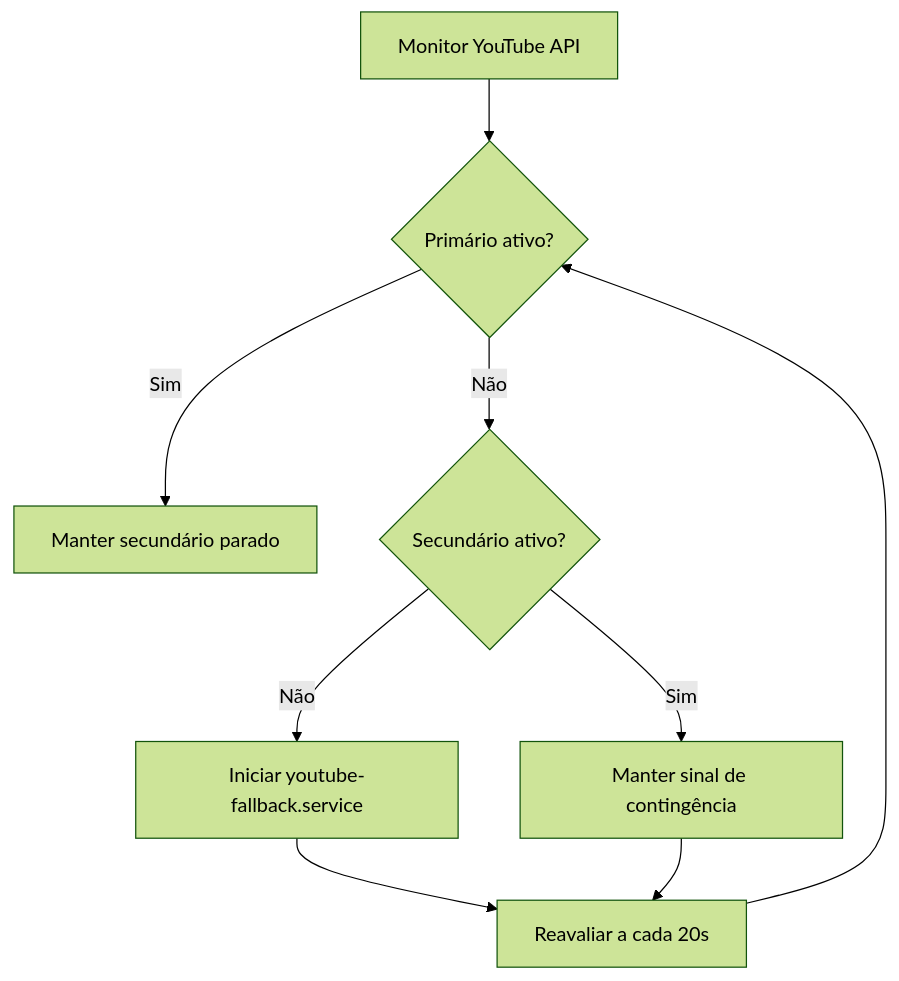
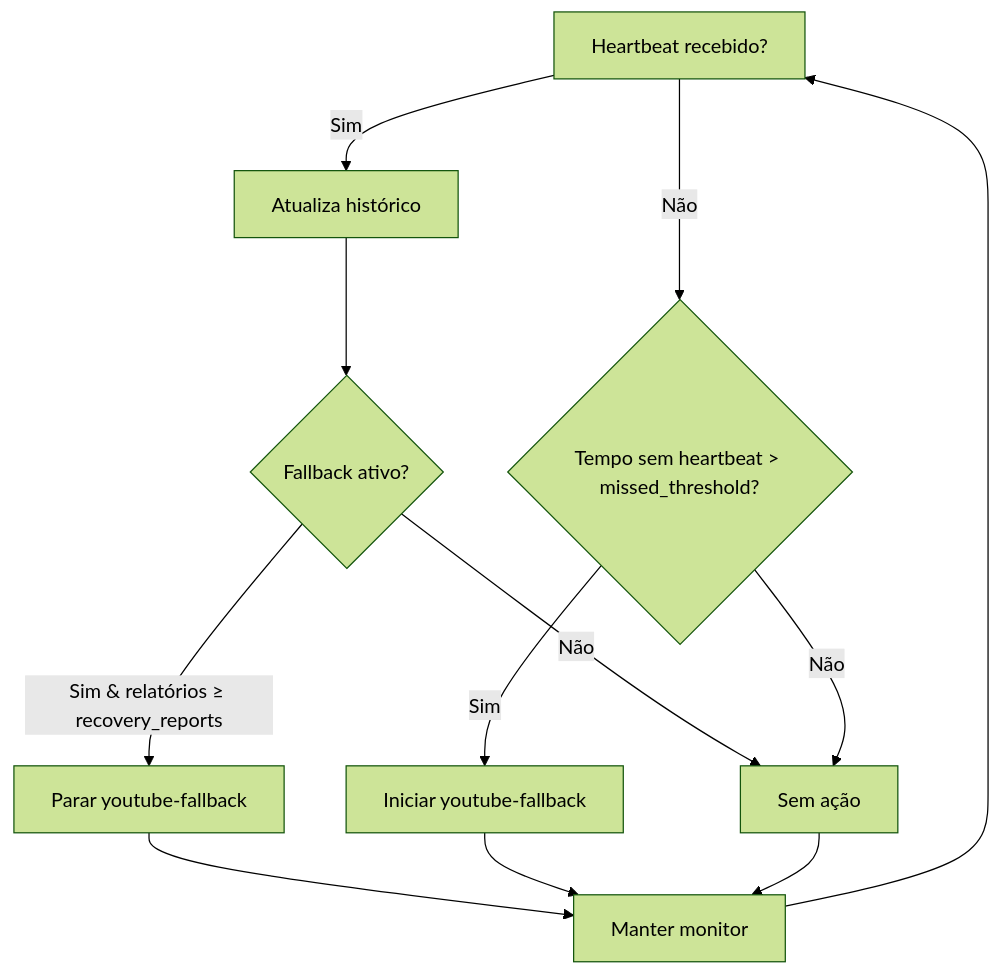
The diagram in docs/REGRAS_URL_SECUNDARIA.md (storesace-cv/bwb-stream2yt), drawn with Mermaid (forest theme) before and after one commit. The commit also changed other lines of this file and 31 other files, not shown here.

Commit message:
Replace decider with heartbeat monitor control

````diff
--- a/docs/REGRAS_URL_SECUNDARIA.md
+++ b/docs/REGRAS_URL_SECUNDARIA.md
@@ -96,11 +97,14 @@
 ```mermaid
 flowchart TD
-    A[Monitor YouTube API] --> B{Primário ativo?}
-    B -->|Sim| C[Manter secundário parado]
-    B -->|Não| D{Secundário ativo?}
-    D -->|Não| E[Iniciar youtube-fallback.service]
-    D -->|Sim| F[Manter sinal de contingência]
-    E --> G[Reavaliar a cada 20s]
-    F --> G
-    G --> B
+    A[Heartbeat recebido?] -->|Sim| B[Atualiza histórico]
+    B --> C{Fallback ativo?}
+    C -->|Sim & relatórios ≥ recovery_reports| D[Parar youtube-fallback]
+    C -->|Não| E[Sem ação]
+    A -->|Não| F{Tempo sem heartbeat > missed_threshold?}
+    F -->|Sim| G[Iniciar youtube-fallback]
+    F -->|Não| E
+    D --> H[Manter monitor]
+    G --> H
+    E --> H
+    H --> A
 ```
````
